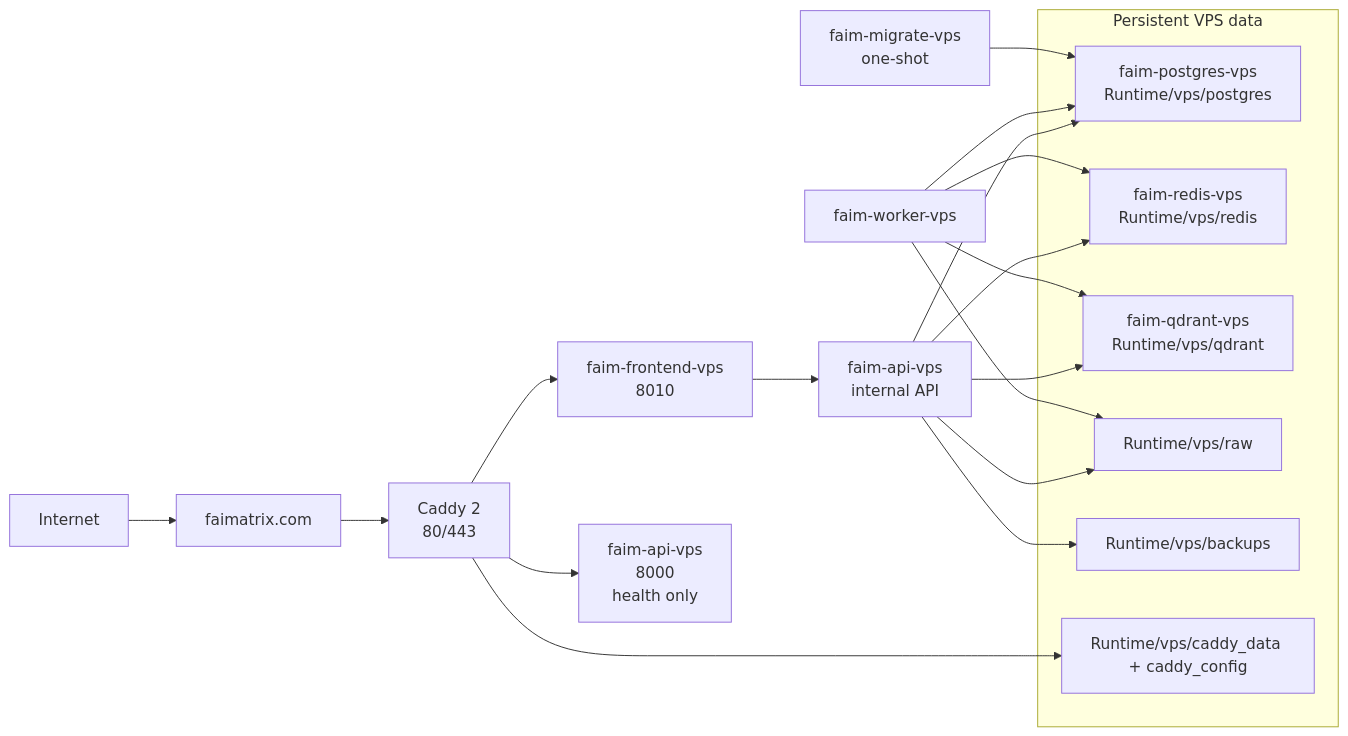
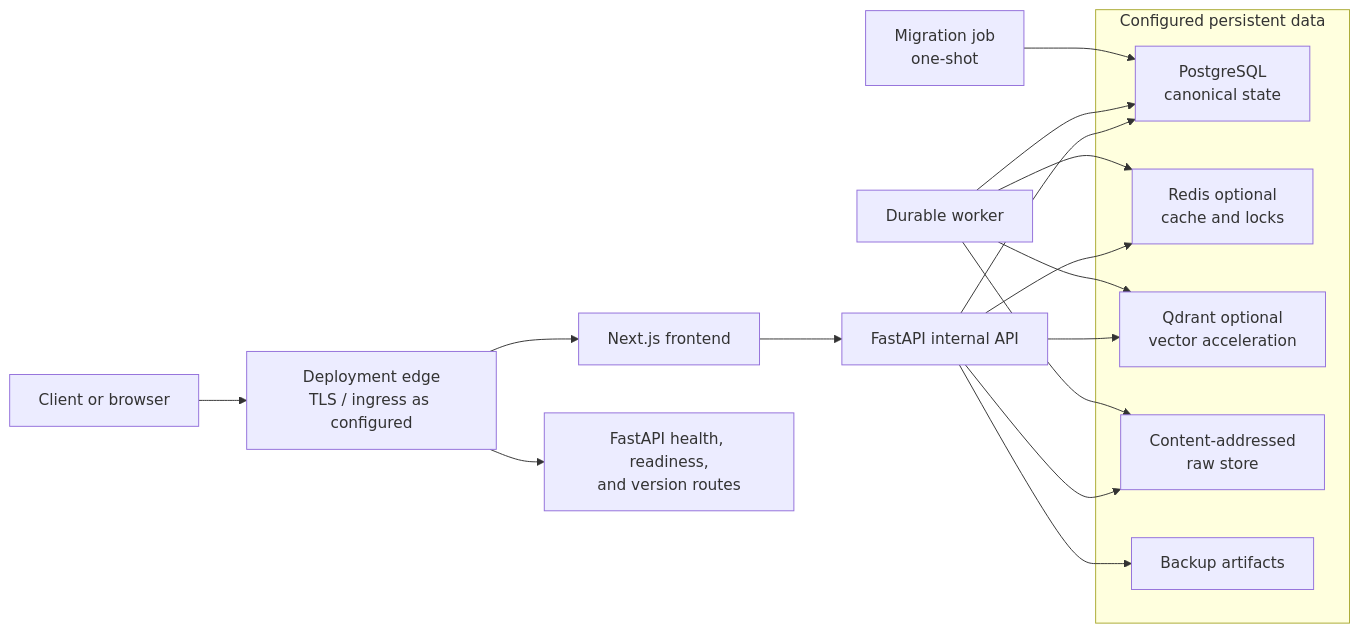
The fifth of 5 diagrams in README.md (sainibhaowal/FAIMatrix), drawn with Mermaid before and after one commit. The commit also changed other lines of this file and 1 other file, not shown here.

Commit message:
docs: make public architecture deployment-neutral

````diff
--- a/README.md
+++ b/README.md
@@ -234,29 +248,26 @@
 ```mermaid
 flowchart LR
-    INTERNET["Internet"] --> DNS["faimatrix.com"]
-    DNS --> CADDY["Caddy 2<br/>80/443"]
-    CADDY --> FE["faim-frontend-vps<br/>8010"]
-    CADDY --> APIH["faim-api-vps<br/>8000<br/>health only"]
-    FE --> API["faim-api-vps<br/>internal API"]
+    CLIENT["Client or browser"] --> EDGE["Deployment edge<br/>TLS / ingress as configured"]
+    EDGE --> FE["Next.js frontend"]
+    EDGE --> APIH["FastAPI health, readiness,<br/>and version routes"]
+    FE --> API["FastAPI internal API"]
 
-    subgraph DATA["Persistent VPS data"]
-        PG["faim-postgres-vps<br/>Runtime/vps/postgres"]
-        RD["faim-redis-vps<br/>Runtime/vps/redis"]
-        QD["faim-qdrant-vps<br/>Runtime/vps/qdrant"]
-        RAW["Runtime/vps/raw"]
-        BAK["Runtime/vps/backups"]
-        CAD["Runtime/vps/caddy_data + caddy_config"]
+    subgraph DATA["Configured persistent data"]
+        PG["PostgreSQL<br/>canonical state"]
+        RD["Redis optional<br/>cache and locks"]
+        QD["Qdrant optional<br/>vector acceleration"]
+        RAW["Content-addressed<br/>raw store"]
+        BAK["Backup artifacts"]
     end
 
     API --> PG
     API --> RD
     API --> QD
     API --> RAW
     API --> BAK
-    WORKER["faim-worker-vps"] --> PG
+    WORKER["Durable worker"] --> PG
     WORKER --> RD
     WORKER --> QD
     WORKER --> RAW
-    MIGRATE["faim-migrate-vps<br/>one-shot"] --> PG
-    CADDY --> CAD
+    MIGRATE["Migration job<br/>one-shot"] --> PG
 ```
````
